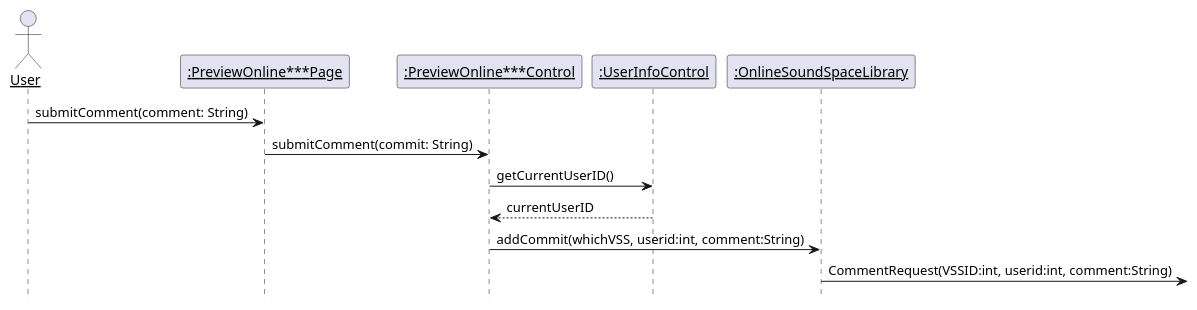
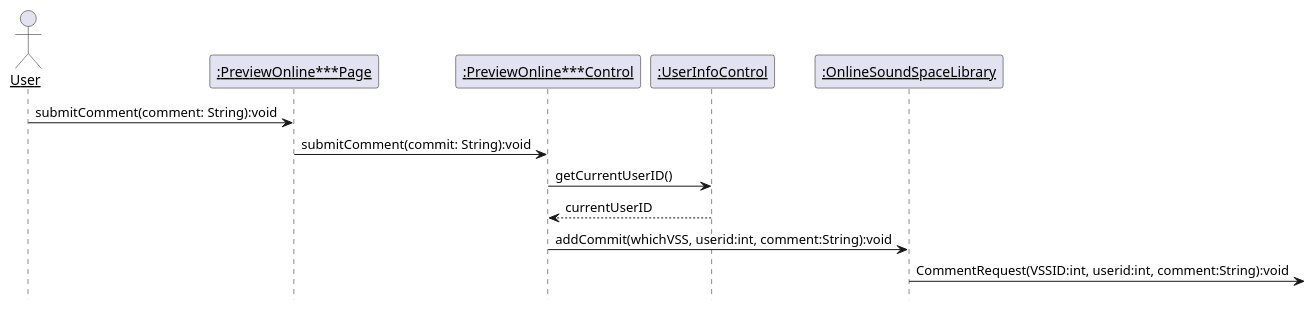
One commit to kpp19920121/doc changed diagram 22 of 39 in 设计/顺序图.md. Above: the diagram before and after it, drawn with PlantUML. The commit also changed other lines of this file, not shown here.

Commit message:
更新了含服务器端部分的顺序图

````diff
--- a/设计/顺序图.md
+++ b/设计/顺序图.md
@@ -749,18 +744,18 @@
 ```PlantUML
 @startuml Diagrams/CommentVSS
 hide footbox
 skinparam sequenceParticipant underline
 actor User as user
 participant ":PreviewOnline***Page" as page
 participant ":PreviewOnline***Control" as control
 participant ":UserInfoControl" as info
 participant ":OnlineSoundSpaceLibrary" as library
 
-user -> page: submitComment(comment: String)
-page -> control: submitComment(commit: String)
+user -> page: submitComment(comment: String):void
+page -> control: submitComment(commit: String):void
 control -> info: getCurrentUserID()
 info --> control: currentUserID
-control -> library: addCommit(whichVSS, userid:int, comment:String)
-library->:CommentRequest(VSSID:int, userid:int, comment:String)
+control -> library: addCommit(whichVSS, userid:int, comment:String):void
+library->:CommentRequest(VSSID:int, userid:int, comment:String):void
 @enduml
 ```
````
